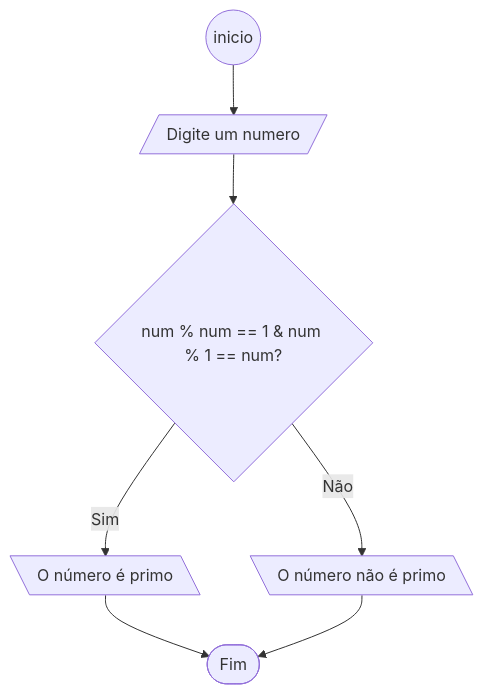
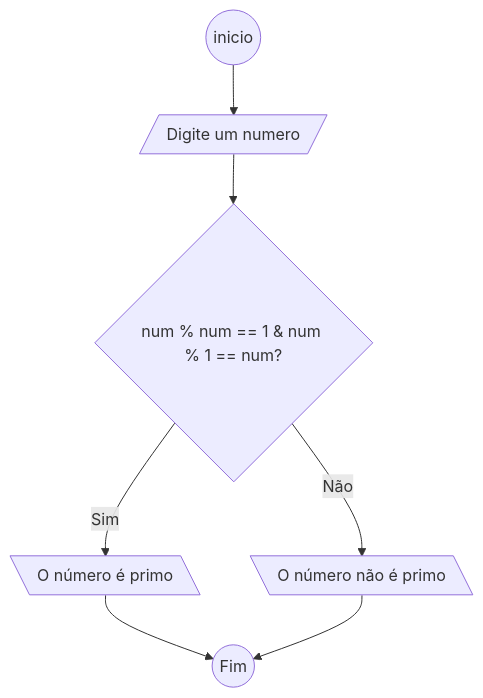
The diagram in CAINA/fluxograma/ativid10.md (nickddb/senai---atividades), drawn with Mermaid before and after one commit. The commit also changed 8 other files, not shown here.

````diff
--- a/CAINA/fluxograma/ativid10.md
+++ b/CAINA/fluxograma/ativid10.md
@@ -1,11 +1,11 @@
 ```mermaid
     flowchart TD
     start((inicio)) --> input[/Digite um numero/]
     input --> verification{num % num == 1 & num % 1 == num?}
 
      verification --> |Sim| S[\O número é primo\]
      verification --> |Não| N[\O número não é primo\]
 
-     S --> finish([Fim])
+     S --> finish(( Fim ))
      N --> finish 
 ```
````
